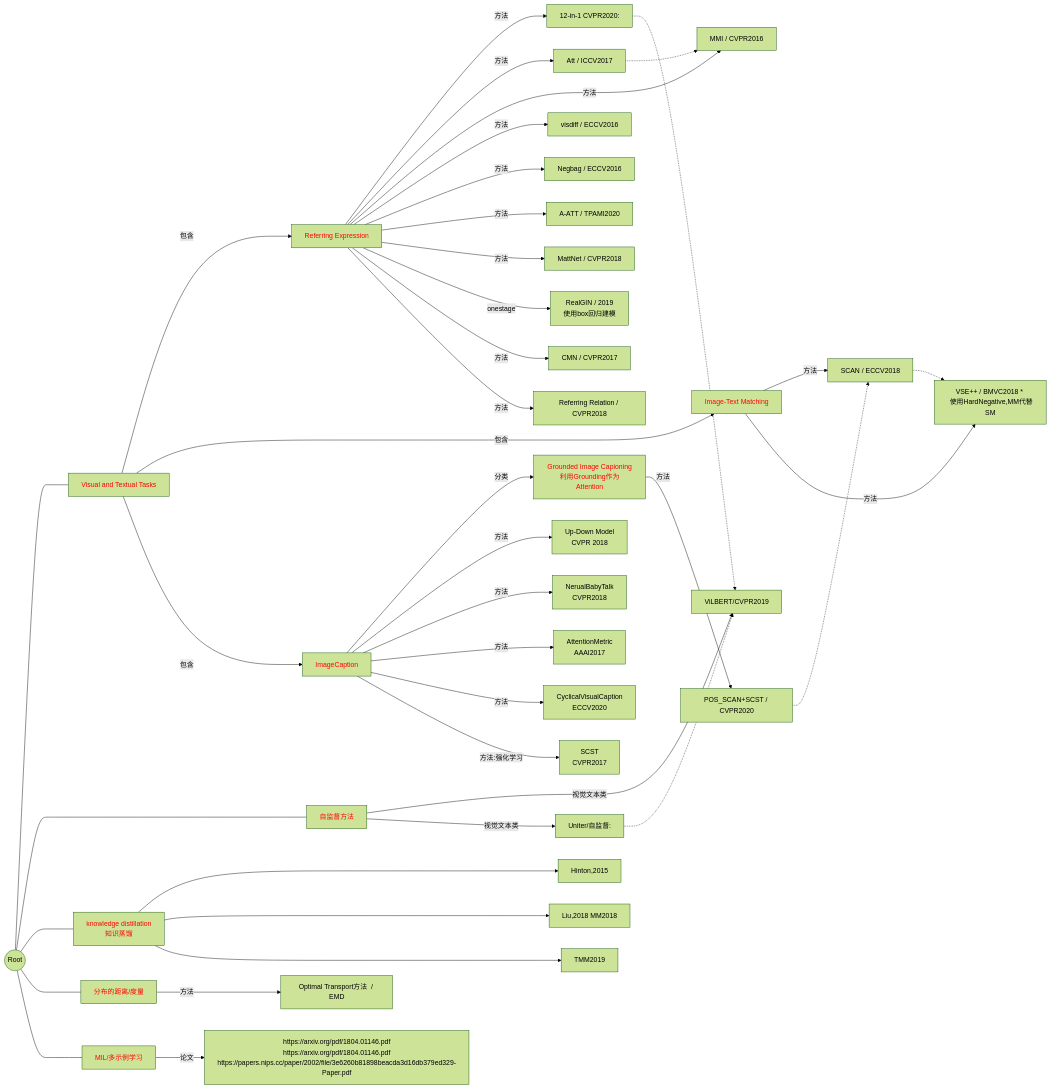
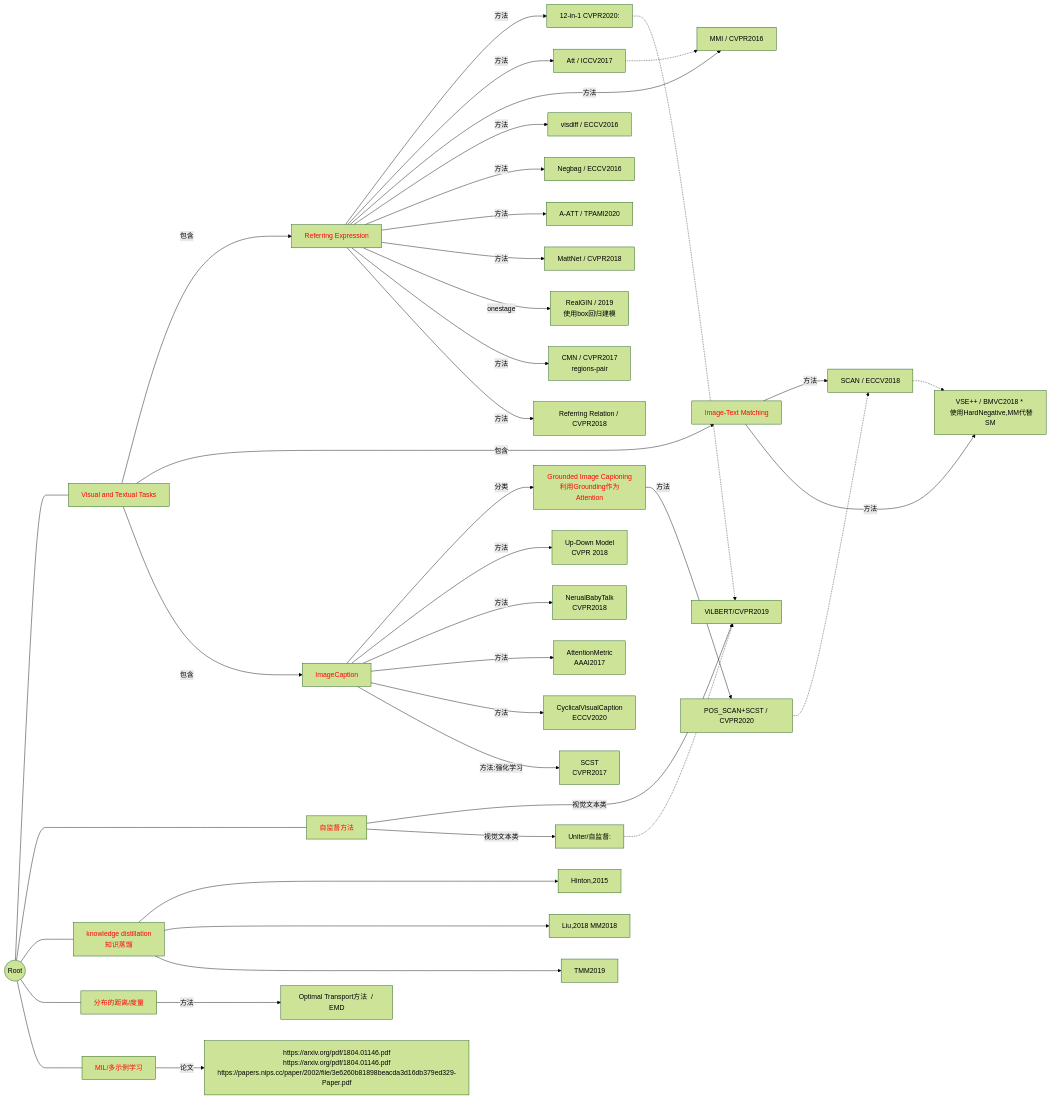
The second of 5 diagrams in _posts/2025-03-10-TOREAD.md (2742195759/xkblog), drawn with Mermaid (forest theme) before and after one commit. The commit also changed other lines of this file and 5 other files, not shown here.

````diff
--- a/_posts/2025-03-10-TOREAD.md
+++ b/_posts/2025-03-10-TOREAD.md
@@ -46,68 +46,68 @@
 ```mermaid
 graph LR; 
 0((Root)) ---- 1
 0 ---- 2
 0 ---- 3
 0 ---- 4
 0 ---- 5
 4[<font color='red'>分布的距离/度量</font>] --方法--> 4.1[Optimal Transport方法  / EMD]
 5[<font color='red'>MIL/多示例学习</font>] --论文--> 5.1[https://arxiv.org/pdf/1804.01146.pdf<br>https://arxiv.org/pdf/1804.01146.pdf<br>https://papers.nips.cc/paper/2002/file/3e6260b81898beacda3d16db379ed329-Paper.pdf<br>]
 
 1[<font color='red'>Visual and Textual Tasks</font>] --包含--> 1.1[<font color='red'>Referring Expression</font>]
 1 --包含--> 1.2[<font color='red'>Image-Text Matching</font>]
 1 --包含--> 1.3[<font color='red'>ImageCaption</font>]
 1.3 --分类--> 1.3.1[<font color='red'>Grounded Image Capioning<br>利用Grounding作为Attention</font>]
 1.3 --方法--> 1.3.2[Up-Down Model<br>CVPR 2018]
 1.3 --方法--> 1.3.3[NerualBabyTalk<br>CVPR2018]
 1.3 --方法--> 1.3.4[AttentionMetric<br>AAAI2017]
 1.3 --方法--> 1.3.5[CyclicalVisualCaption<br>ECCV2020]
 1.3 --方法:强化学习--> 1.3.6[SCST<br>CVPR2017]
 1.2 --方法--> 1.2.1[SCAN / ECCV2018]
 2[<font color='red'>自监督方法</font>] --视觉文本类--> 1.1.1.1[ViLBERT]
 3[<font color='red'>knowledge distillation<br>知识蒸馏</font>] ---> 3.1[Hinton,2015]
 3 ---> 3.2[Liu,2018 MM2018]
 3 ---> 3.3[TMM2019]
 2 --视觉文本类--> 2.1[Uniter/自监督:<br>]
 1.1 -- 方法 --> 1.1.1[12-in-1 CVPR2020: <br> ]
 1.1.1 -.-> 1.1.1.1[ViLBERT/CVPR2019]
 1.3.1 --方法--> 1.3.1.1[POS_SCAN+SCST / CVPR2020]
 1.3.1.1 -.-> 1.2.1
 2.1 -.-> 1.1.1.1
 1.1 --方法--> 1.1.2[Att / ICCV2017] -.-> 1.1.3[MMI / CVPR2016]
 1.1 --方法--> 1.1.3
 1.1 --方法--> 1.1.4[visdiff / ECCV2016]
 1.1 --方法--> 1.1.5[Negbag / ECCV2016]
 1.1 --方法--> 1.1.6[A-ATT / TPAMI2020]
 1.1 --方法--> 1.1.7[MattNet / CVPR2018]
 1.2 --方法--> 1.2.2[VSE++ / BMVC2018 * <br> 使用HardNegative,MM代替SM]
 1.1 --"onestage"--> 1.1.8[RealGIN / 2019 <br> 使用box回归建模]
-1.1 --方法--> 1.1.9[CMN / CVPR2017]
+1.1 --方法--> 1.1.9[CMN / CVPR2017 <br> regions-pair]
 1.1 --方法--> 1.1.10[Referring Relation / CVPR2018]
 1.2.1 -.-> 1.2.2
 
 
 click 1.1.1 "https://openaccess.thecvf.com/content_CVPR_2020/html/Lu_12-in-1_Multi-Task_Vision_and_Language_Representation_Learning_CVPR_2020_paper.html" "CVPR2020"
 click 1.1.1.1 "#vilbert" "pdflink"
 click 2.1 "https://arxiv.org/abs/1909.11740" "pdflink"
 click 1.2.1 "#scan" "pagelink"
 click 3.1 "https://arxiv.org/pdf/1507.00448.pdf" "pdflink"
 click 3.2 "https://arxiv.org/pdf/1809.05884.pdf" "pdflink"
 click 3.3 "https://ieeexplore.ieee.org/stamp/stamp.jsp?tp=&arnumber=8890866" "pdflink"
 click 1.3.2 "https://arxiv.org/pdf/1707.07998.pdf" "pdflink"
 click 1.3.1.1 "https://openaccess.thecvf.com/content_CVPR_2020/html/Zhou_More_Grounded_Image_Captioning_by_Distilling_Image-Text_Matching_Model_CVPR_2020_paper.html" "pdflink"
 click 1.3.3 "#nerual-baby-talk"
 click 1.3.4 "#attentionmetric"
 click 1.3.5 "#cyclical-visual-captioning"
 click 1.3.6 "#scst"
 click 4.1 "#OT"
 click 1.1.2 "#attribute"
 click 1.1.3 "https://arxiv.org/pdf/1511.02283.pdf"
 click 1.1.4 "https://arxiv.org/pdf/1608.00272.pdf"
 click 1.1.5 "https://arxiv.org/pdf/1608.00525.pdf"
 click 1.2.2 "https://arxiv.org/pdf/1707.05612.pdf"
 click 1.1.6 "https://tanmingkui.github.io/files/publications/Visual_Grounding.pdf"
 click 1.1.7 "https://arxiv.org/pdf/1801.08186.pdf"
 click 1.1.8 "https://arxiv.org/pdf/1912.03478v1.pdf"
 click 1.1.9 "https://arxiv.org/pdf/1611.09978.pdf"
 click 1.1.10 "https://arxiv.org/pdf/1803.10362.pdf"
 ```
````
